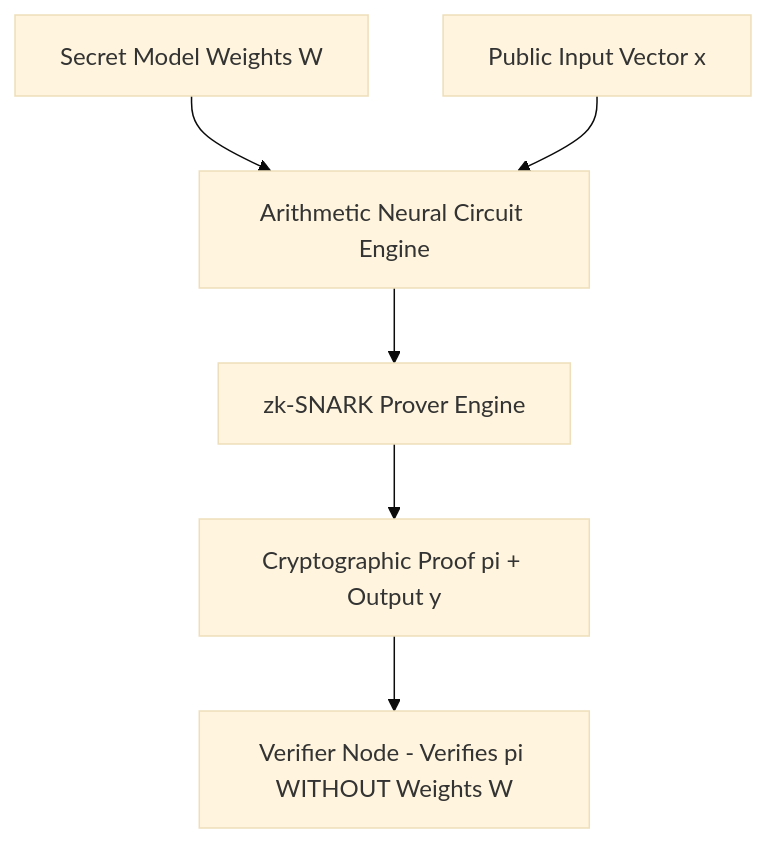
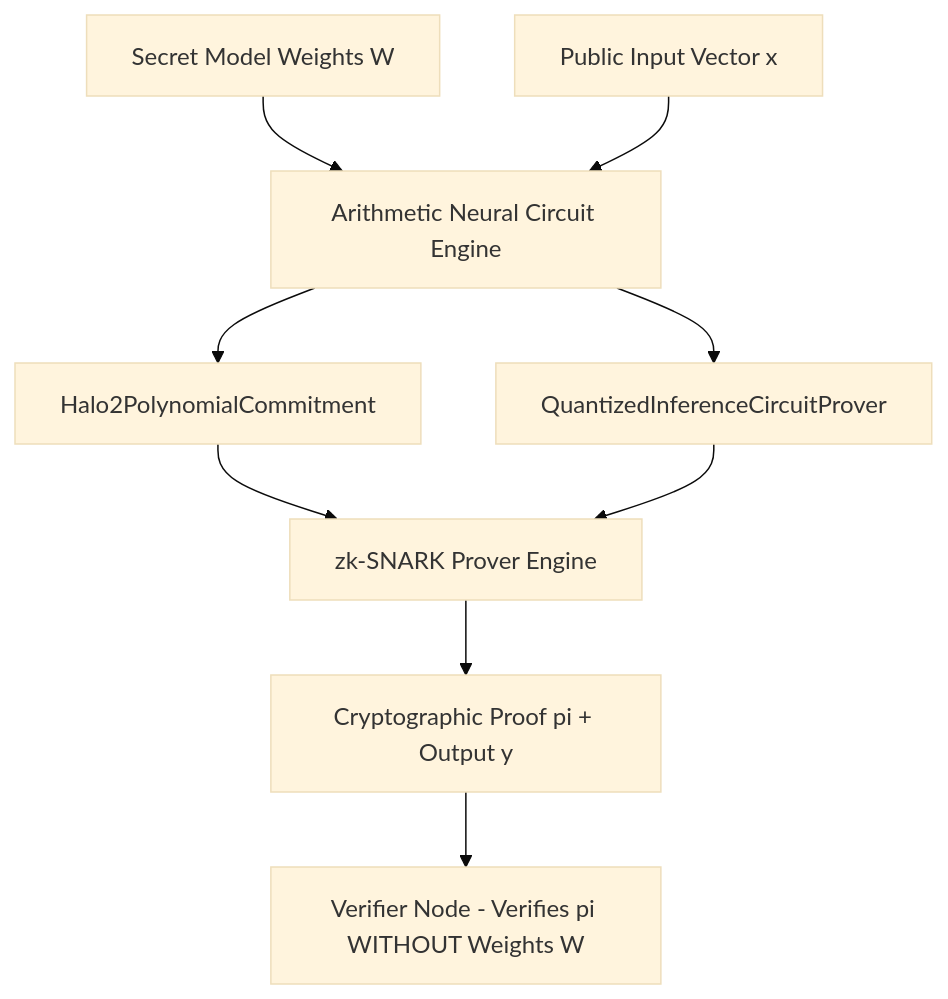
Before and after one commit to anderdebona/zkml-zero-knowledge-neural-proofs: the diagram in README.md, drawn with Mermaid (base theme). The commit also changed other lines of this file and 9 other files, not shown here.

Commit message:
feat(v4.0.0): add Halo2PolynomialCommitment, QuantizedInferenceCircuitProver, CI/CD, and Roadmap

````diff
--- a/README.md
+++ b/README.md
@@ -31,8 +41,11 @@
 ```mermaid
 graph TD
     SecretW[Secret Model Weights W] --> Circuit[Arithmetic Neural Circuit Engine]
     InputX[Public Input Vector x] --> Circuit
-    Circuit --> Prover[zk-SNARK Prover Engine]
+    Circuit --> Halo2[Halo2PolynomialCommitment]
+    Circuit --> Quantized[QuantizedInferenceCircuitProver]
+    Halo2 --> Prover[zk-SNARK Prover Engine]
+    Quantized --> Prover
     Prover --> Proof[Cryptographic Proof pi + Output y]
     Proof --> Verifier[Verifier Node - Verifies pi WITHOUT Weights W]
 ```
````
